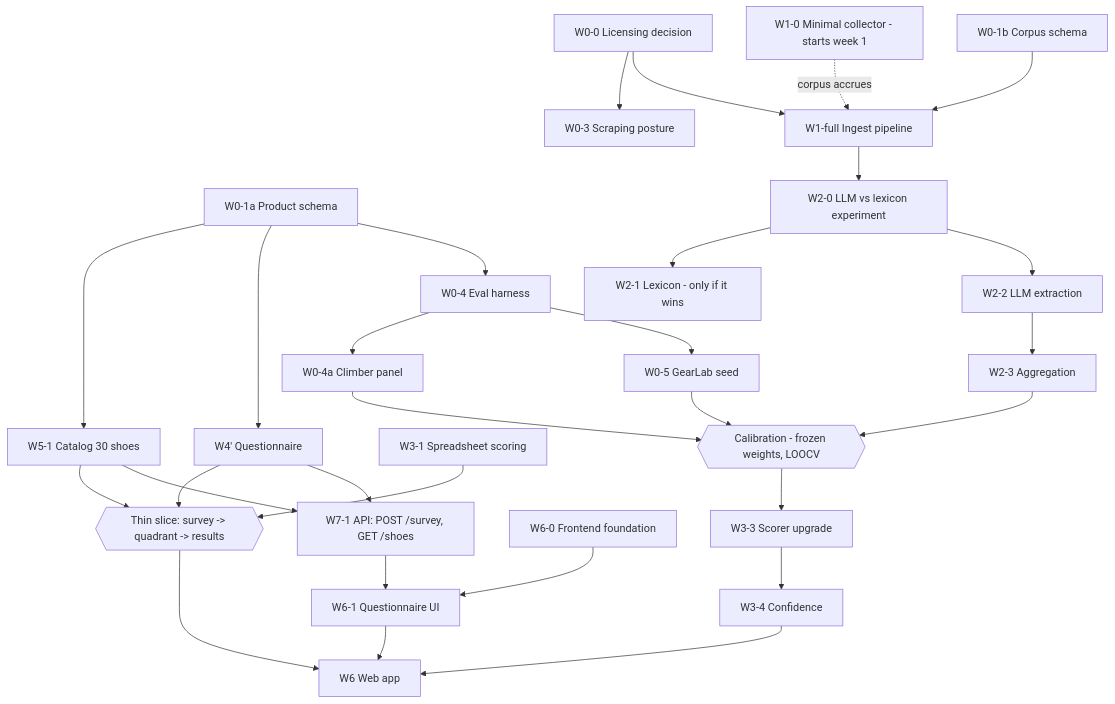
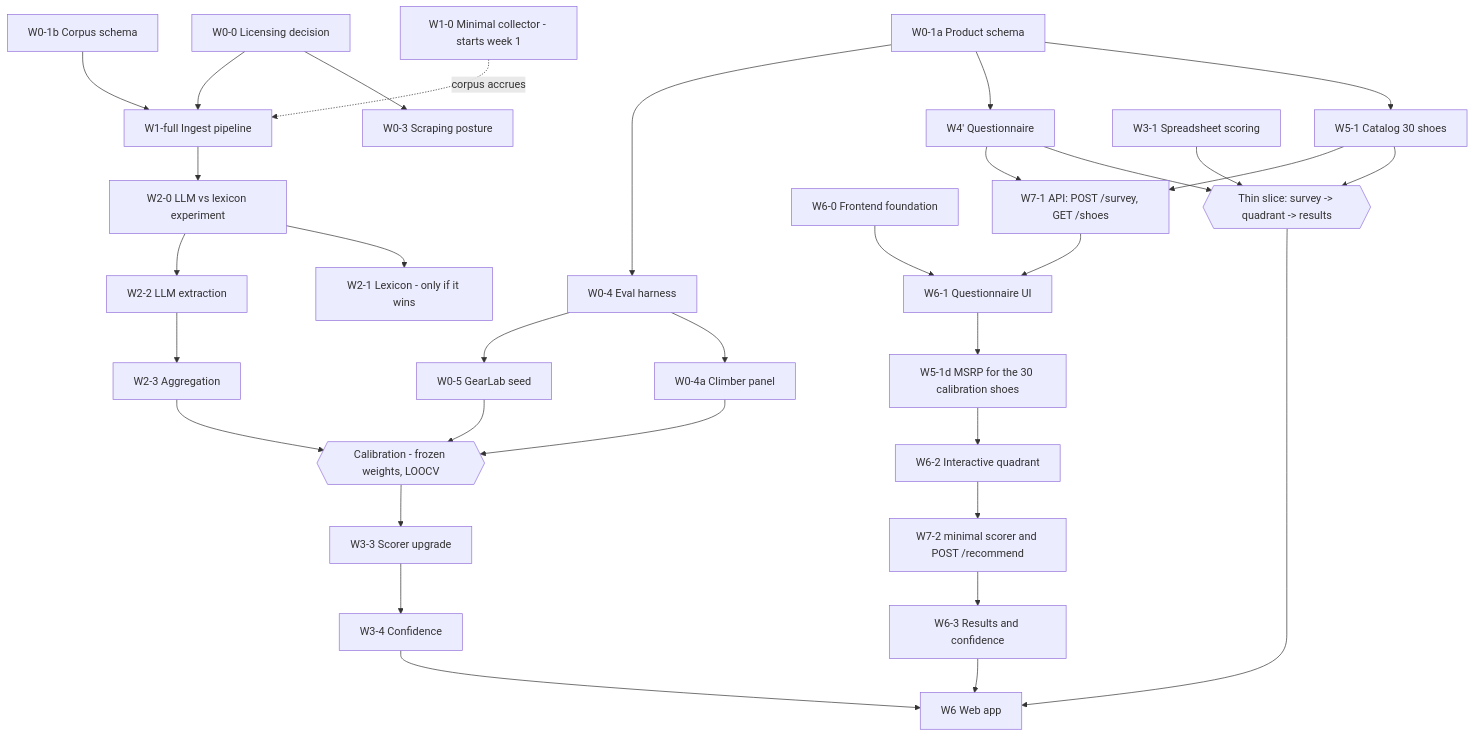
Before and after one commit to barlu3/CruxUp: the first of 2 diagrams in timeline.md, drawn with Mermaid. The commit also changed other lines of this file and 2 other files, not shown here.

First line of the commit message:
W6-1-H: record the 2026-11-05 decisions, strike W6-1, timeline v3.3

````diff
--- a/timeline.md
+++ b/timeline.md
@@ -168,34 +169,38 @@
 ```mermaid
 flowchart TD
   W0_0[W0-0 Licensing decision] --> W0_3[W0-3 Scraping posture]
   W0_0 --> W1F[W1-full Ingest pipeline]
   W1_0[W1-0 Minimal collector - starts week 1] -.corpus accrues.-> W1F
 
   W0_1a[W0-1a Product schema] --> W5_1[W5-1 Catalog 30 shoes]
   W0_1a --> W4P[W4' Questionnaire]
   W5_1 --> SLICE{{Thin slice: survey -> quadrant -> results}}
   W4P --> SLICE
   W3_1[W3-1 Spreadsheet scoring] --> SLICE
   W4P --> W7_1[W7-1 API: POST /survey, GET /shoes]
   W5_1 --> W7_1
   W6_0[W6-0 Frontend foundation] --> W6_1[W6-1 Questionnaire UI]
   W7_1 --> W6_1
   SLICE --> W6[W6 Web app]
-  W6_1 --> W6
+  W6_1 --> W5_1d[W5-1d MSRP for the 30 calibration shoes]
+  W5_1d --> W6_2[W6-2 Interactive quadrant]
+  W6_2 --> W7_2[W7-2 minimal scorer and POST /recommend]
+  W7_2 --> W6_3[W6-3 Results and confidence]
+  W6_3 --> W6
 
   W0_1a --> W0_4[W0-4 Eval harness]
   W0_4 --> W0_4a[W0-4a Climber panel]
   W0_4 --> W0_5[W0-5 GearLab seed]
   W0_4a --> CAL
   W0_5 --> CAL{{Calibration - frozen weights, LOOCV}}
 
   W0_1b[W0-1b Corpus schema] --> W1F
   W1F --> W2_0[W2-0 LLM vs lexicon experiment]
   W2_0 --> W2_1[W2-1 Lexicon - only if it wins]
   W2_0 --> W2_2[W2-2 LLM extraction]
   W2_2 --> W2_3[W2-3 Aggregation]
   W2_3 --> CAL
   CAL --> W3_3[W3-3 Scorer upgrade]
   W3_3 --> W3_4[W3-4 Confidence]
   W3_4 --> W6
 ```
````
